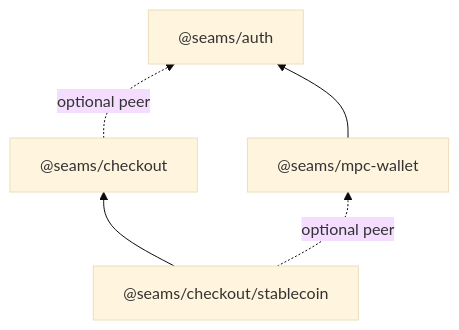
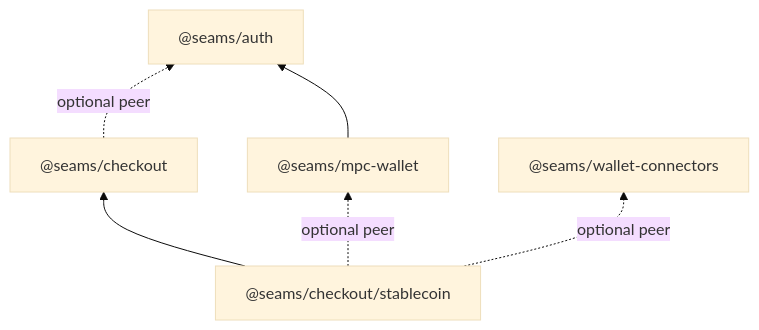
Before and after one commit to seams-tech/seams-wallet: the first of 4 diagrams in docs/refactor-250-seams-checkout.md, drawn with Mermaid (base theme). The commit also changed other lines of this file and 1 other file, not shown here.

First line of the commit message:
Plan: keep the wallet connectors; no payment to a bare address or QR code

````diff
--- a/docs/refactor-250-seams-checkout.md
+++ b/docs/refactor-250-seams-checkout.md
@@ -269,8 +267,9 @@
 ```mermaid
 flowchart BT
     Auth["@seams/auth"]
     Checkout["@seams/checkout"] -. optional peer .-> Auth
     Rail["@seams/checkout/stablecoin"] --> Checkout
     Rail -. optional peer .-> Wallet["@seams/mpc-wallet"]
+    Rail -. optional peer .-> External["@seams/wallet-connectors"]
     Wallet --> Auth
 ```
````
